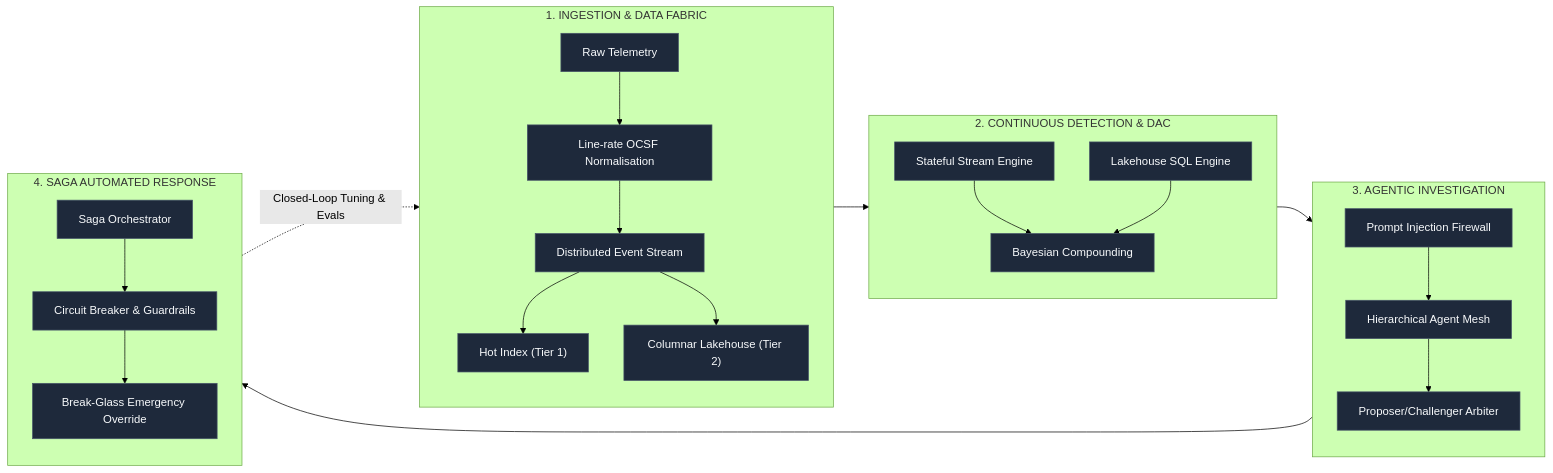
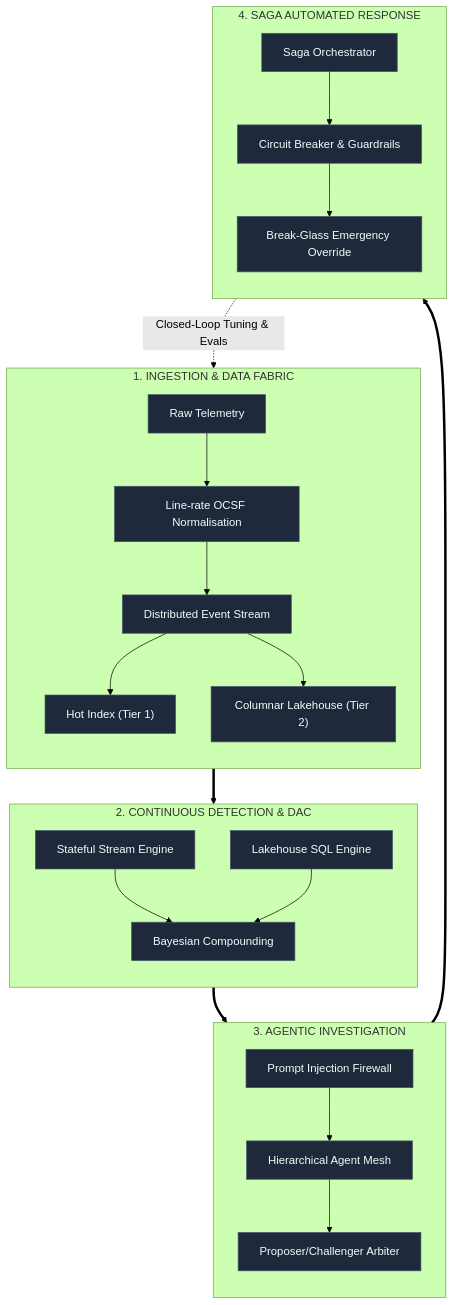
Before and after one commit to Haribu/TIDIR: the diagram in docs/index.md, drawn with Mermaid (forest theme). The commit also changed other lines of this file and 3 other files, not shown here.

````diff
--- a/docs/index.md
+++ b/docs/index.md
@@ -64,42 +64,42 @@
 ```mermaid
-flowchart LR
+flowchart TB
     subgraph S1["1. INGESTION & DATA FABRIC"]
         direction TB
         RAW["Raw Telemetry"] --> NORM["Line-rate OCSF Normalisation"]
         NORM --> BUS["Distributed Event Stream"]
         BUS --> HOT["Hot Index (Tier 1)"]
         BUS --> LAKE["Columnar Lakehouse (Tier 2)"]
     end
 
     subgraph S2["2. CONTINUOUS DETECTION & DAC"]
         direction TB
         STREAM_DET["Stateful Stream Engine"]
         BATCH_DET["Lakehouse SQL Engine"]
         BAYES["Bayesian Compounding"]
         STREAM_DET --> BAYES
         BATCH_DET --> BAYES
     end
 
     subgraph S3["3. AGENTIC INVESTIGATION"]
         direction TB
         FW["Prompt Injection Firewall"]
         MESH["Hierarchical Agent Mesh"]
         ARB["Proposer/Challenger Arbiter"]
         FW --> MESH --> ARB
     end
 
     subgraph S4["4. SAGA AUTOMATED RESPONSE"]
         direction TB
         SAGA["Saga Orchestrator"]
         CIRCUIT["Circuit Breaker & Guardrails"]
         BG["Break-Glass Emergency Override"]
         SAGA --> CIRCUIT --> BG
     end
 
-    S1 --> S2 --> S3 --> S4
+    S1 ==> S2 ==> S3 ==> S4
     S4 -.->|"Closed-Loop Tuning & Evals"| S1
 
     classDef default fill:#1e293b,stroke:#475569,stroke-width:1px,color:#f8fafc;
     classDef highlight fill:#0f766e,stroke:#14b8a6,stroke-width:1.5px,color:#ffffff;
     class RAW,NORM,BUS,HOT,LAKE,STREAM_DET,BATCH_DET,BAYES,FW,MESH,ARB,SAGA,CIRCUIT,BG default;
 ```
````
